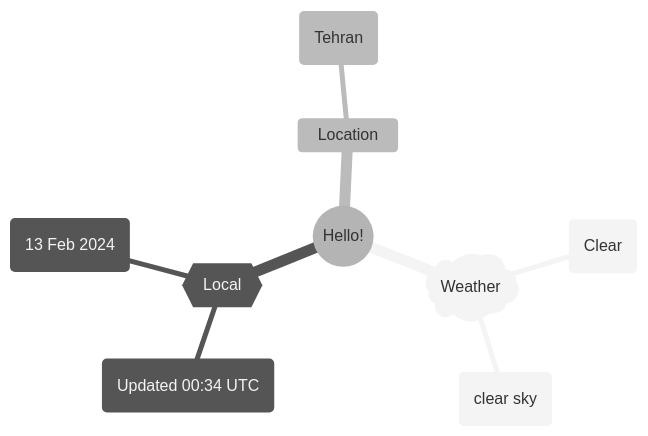
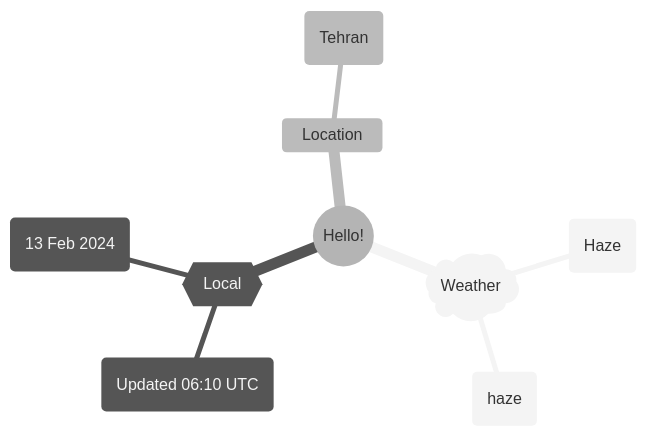
Before and after one commit to Xosrov/Xosrov: the first of 2 diagrams in README.md, drawn with Mermaid (neutral theme).

Commit message:
[bot] updated images

````diff
--- a/README.md
+++ b/README.md
@@ -3,12 +3,12 @@
 ```mermaid
 mindmap
   root((Hello!))
     )Weather(
-        (Clear)
-        (clear sky)
+        (Haze)
+        (haze)
     {{Local}}
-        (Updated 00:34 UTC)
+        (Updated 06:10 UTC)
         (13 Feb 2024)
     Location
         (Tehran)
 ```
````
